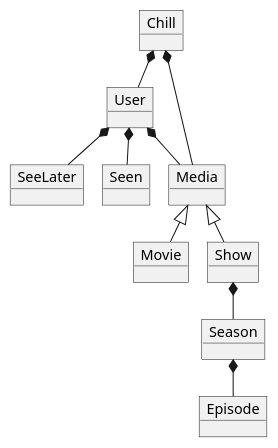
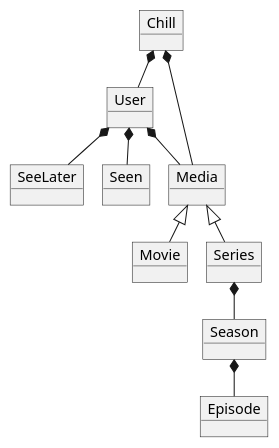
One commit to niki03125/SP3 changed the diagram in doc/domainmodel.puml. Above: the diagram before and after it, drawn with PlantUML. The commit also changed 1 other file, not shown here.

Commit message:
rettelser i classdiagram.puml og domainmodel.puml

```diff
--- a/doc/domainmodel.puml
+++ b/doc/domainmodel.puml
@@ -1,27 +1,27 @@
 @startuml
 !pragma layout smetana
 
 object Chill
 object User
 object SeeLater
 object Seen
 object Media
 object Movie
-object Show
+object Series
 object Season
 object Episode
 
 Chill *-- Media
 User *-- SeeLater
 User *-- Seen
 User *-- Media
 
 Media <|-- Movie
-Media <|-- Show
-Show *-- Season
+Media <|-- Series
+Series *-- Season
 Season *-- Episode
 
 Chill *-- User
 
 
 @enduml
```
